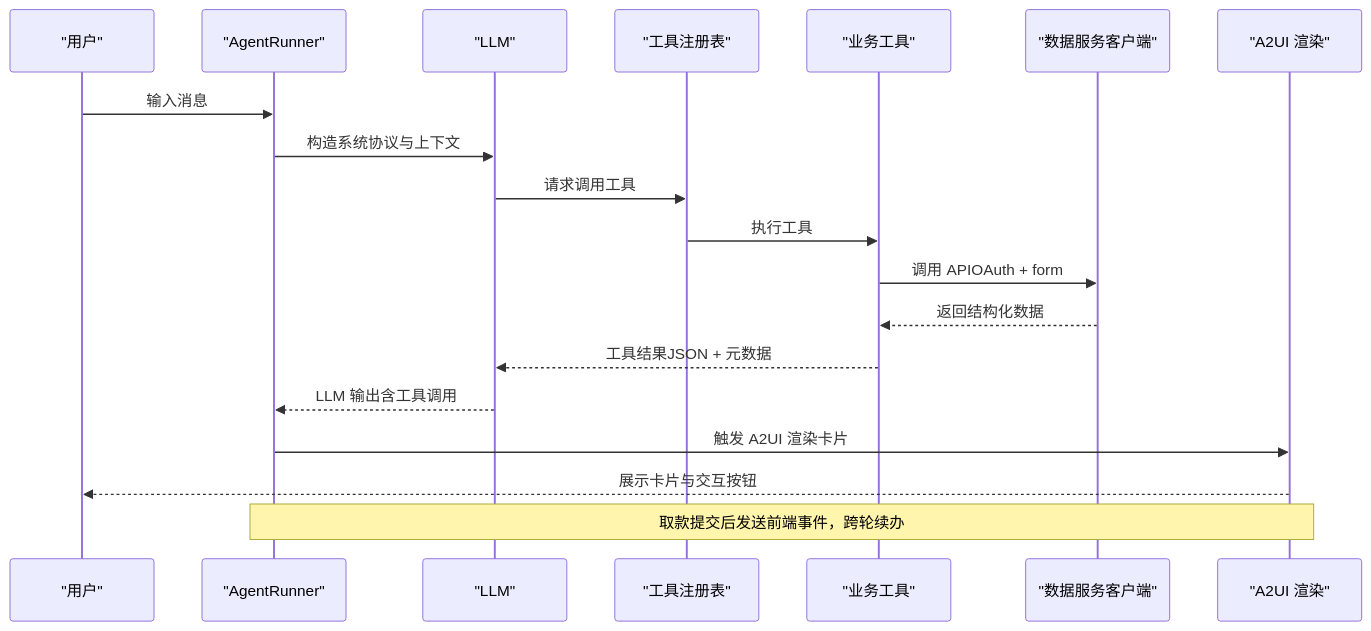
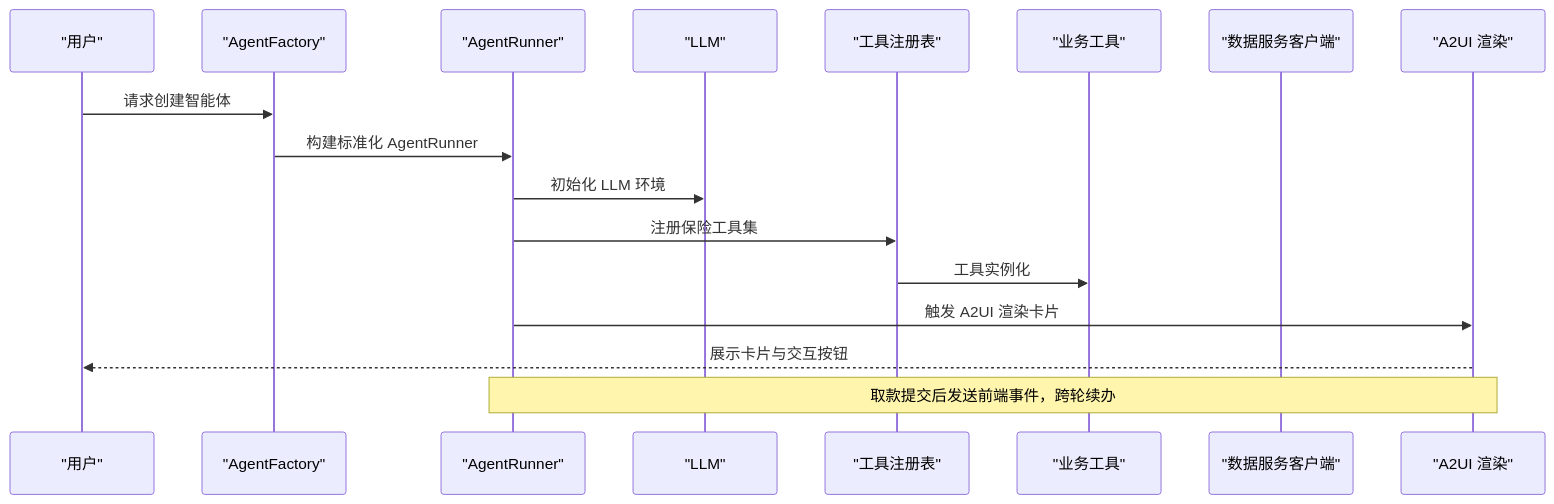
The second of 11 diagrams in repowiki/zh/content/智能体实现/保险智能体/保险智能体.md (YU-JI-KUI/ark-agentic), drawn with Mermaid before and after one commit. The commit also changed other lines of this file and 12 other files, not shown here.

````diff
--- a/repowiki/zh/content/智能体实现/保险智能体/保险智能体.md
+++ b/repowiki/zh/content/智能体实现/保险智能体/保险智能体.md
@@ -109,21 +128,19 @@
 ```mermaid
 sequenceDiagram
 participant U as "用户"
-participant R as "AgentRunner"
+participant AF as "AgentFactory"
+participant AR as "AgentRunner"
 participant L as "LLM"
 participant TR as "工具注册表"
 participant T as "业务工具"
 participant DS as "数据服务客户端"
 participant UI as "A2UI 渲染"
-U->>R : 输入消息
-R->>L : 构造系统协议与上下文
-L->>TR : 请求调用工具
-TR->>T : 执行工具
-T->>DS : 调用 APIOAuth + form
-DS-->>T : 返回结构化数据
-T-->>L : 工具结果JSON + 元数据
-L-->>R : LLM 输出含工具调用
-R->>UI : 触发 A2UI 渲染卡片
+U->>AF : 请求创建智能体
+AF->>AR : 构建标准化 AgentRunner
+AR->>L : 初始化 LLM 环境
+AR->>TR : 注册保险工具集
+TR->>T : 工具实例化
+AR->>UI : 触发 A2UI 渲染卡片
 UI-->>U : 展示卡片与交互按钮
-Note over R,UI : 取款提交后发送前端事件，跨轮续办
+Note over AR,UI : 取款提交后发送前端事件，跨轮续办
 ```
````
